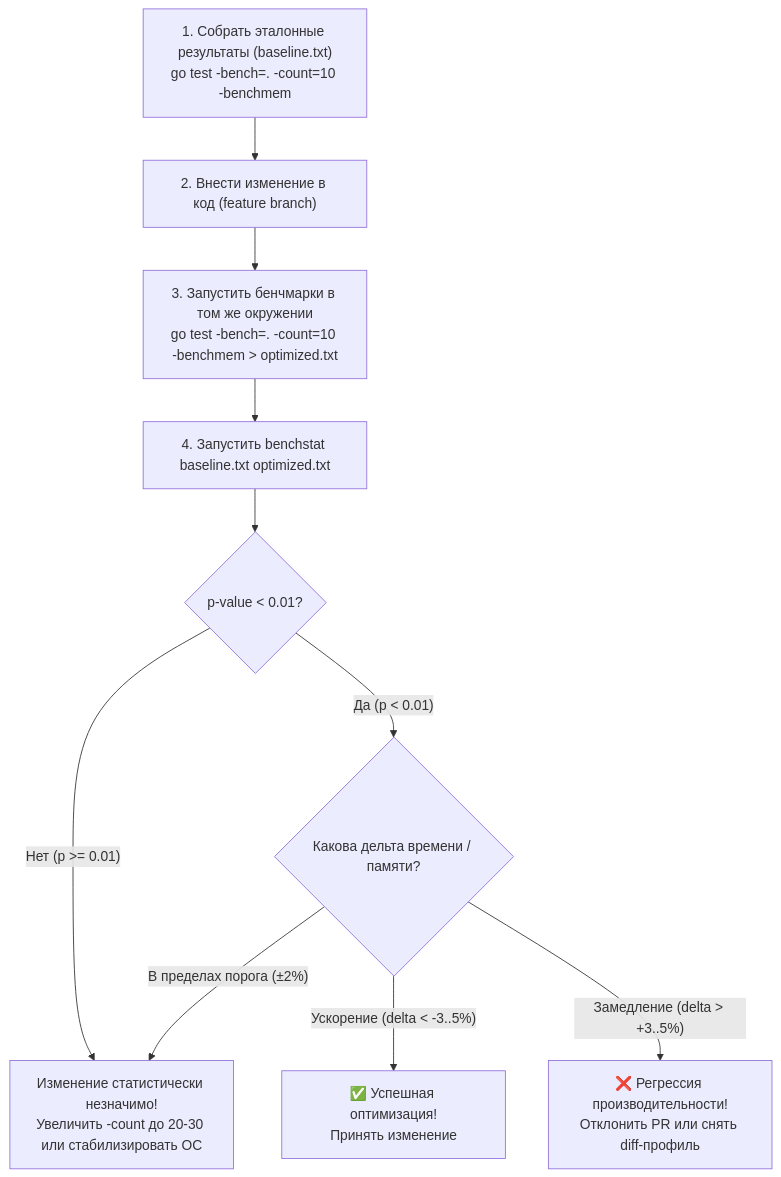
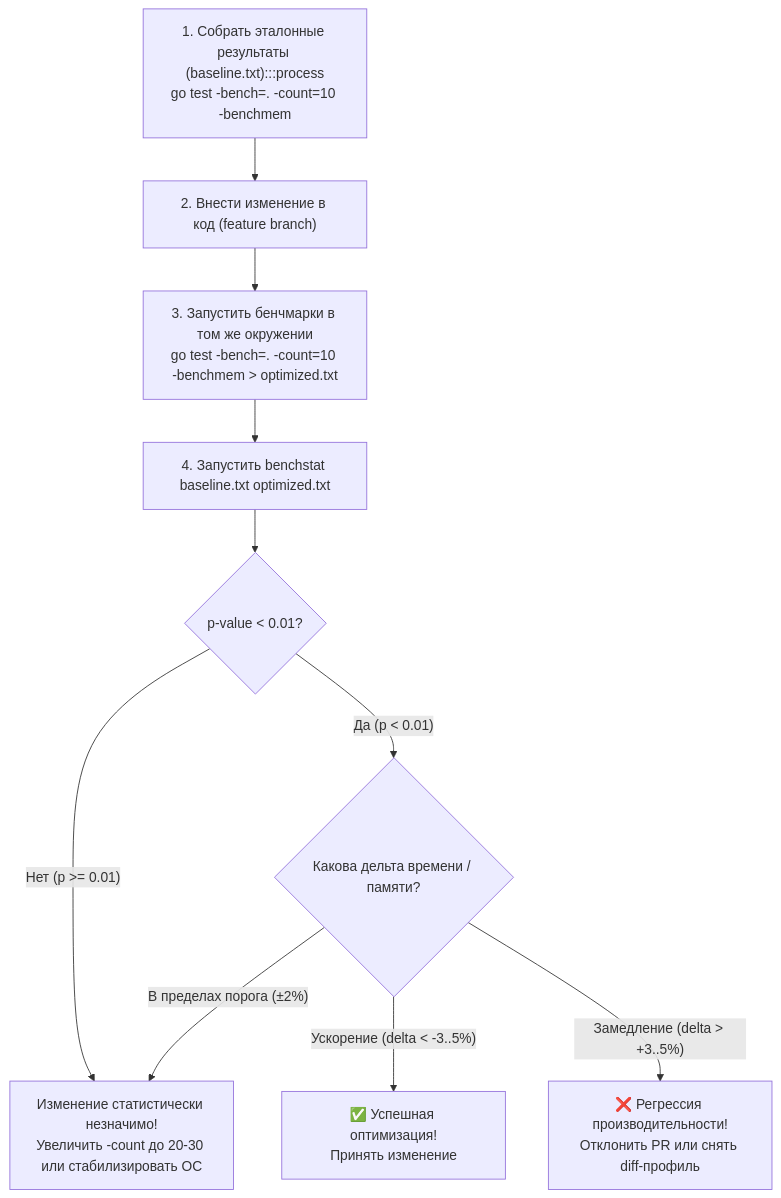
One commit to UnrealTemplier/go-textbook changed the third of 5 diagrams in sources/16. Профилирование, отладка и производительность/02. Benchmarking/8. Сравнение версий кода.md. Above: the diagram before and after it, drawn with Mermaid. The commit also changed other lines of this file and 1666 other files, not shown here.

First line of the commit message:
feat(mermaid): add semantic color classDef to 1369 colorless flowchart/graph diagrams

````diff
--- a/sources/16. Профилирование, отладка и производительность/02. Benchmarking/8. Сравнение версий кода.md
+++ b/sources/16. Профилирование, отладка и производительность/02. Benchmarking/8. Сравнение версий кода.md
@@ -134,12 +154,22 @@
 ```mermaid
 flowchart TD
-    A["1. Собрать эталонные результаты (baseline.txt)<br>go test -bench=. -count=10 -benchmem"] --> B["2. Внести изменение в код (feature branch)"]
+    classDef process  fill:#1e293b,stroke:#38bdf8,stroke-width:1px,color:#f8fafc
+    classDef success  fill:#064e3b,stroke:#34d399,stroke-width:1px,color:#f8fafc
+    classDef error    fill:#7f1d1d,stroke:#f87171,stroke-width:1px,color:#f8fafc
+    classDef warning  fill:#78350f,stroke:#fbbf24,stroke-width:1px,color:#f8fafc
+    classDef entry    fill:#1e3a5f,stroke:#38bdf8,stroke-width:2px,color:#f8fafc
+    classDef aux      fill:#334155,stroke:#64748b,stroke-width:1px,color:#f8fafc
+    classDef system   fill:#312e81,stroke:#a78bfa,stroke-width:1px,color:#f8fafc
+    classDef data     fill:#132d29,stroke:#2dd4bf,stroke-width:1px,color:#f8fafc
+    classDef network  fill:#881337,stroke:#fb7185,stroke-width:1px,color:#f8fafc
+    classDef accent   fill:#1e1b4b,stroke:#818cf8,stroke-width:1px,color:#f8fafc
+    A["1. Собрать эталонные результаты (baseline.txt):::process<br>go test -bench=. -count=10 -benchmem"] --> B["2. Внести изменение в код (feature branch)"]
     B --> C["3. Запустить бенчмарки в том же окружении<br>go test -bench=. -count=10 -benchmem > optimized.txt"]
     C --> D["4. Запустить benchstat baseline.txt optimized.txt"]
     D --> E{"p-value < 0.01?"}
     E -- "Нет (p >= 0.01)" --> F["Изменение статистически незначимо!<br>Увеличить -count до 20-30 или стабилизировать ОС"]
     E -- "Да (p < 0.01)" --> G{"Какова дельта времени / памяти?"}
     G -- "Ускорение (delta < -3..5%)" --> H["✅ Успешная оптимизация!<br>Принять изменение"]
     G -- "Замедление (delta > +3..5%)" --> I["❌ Регрессия производительности!<br>Отклонить PR или снять diff-профиль"]
     G -- "В пределах порога (±2%)" --> F
 ```
````
